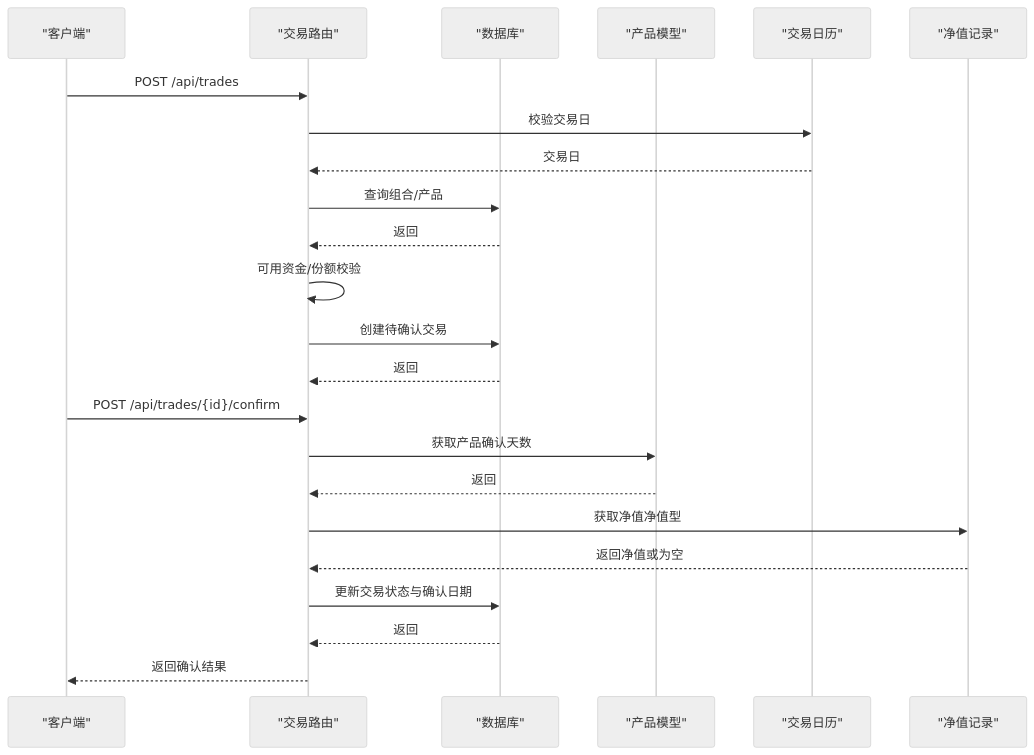
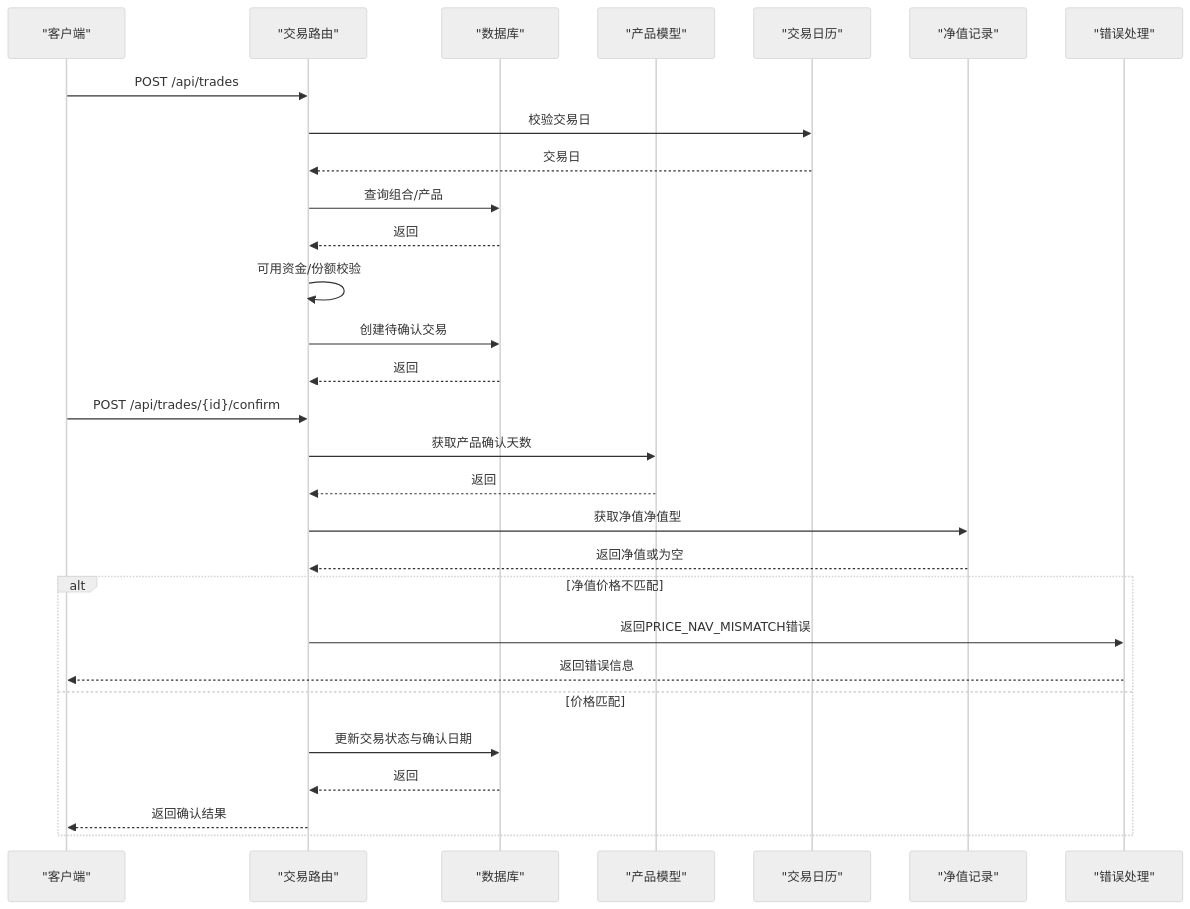
Before and after one commit to gujialind/InvestRing: the fifth of 17 diagrams in .qoder/repowiki/zh/content/后端API文档/后端API文档.md, drawn with Mermaid (neutral theme). The commit also changed other lines of this file and 64 other files, not shown here.

````diff
--- a/.qoder/repowiki/zh/content/后端API文档/后端API文档.md
+++ b/.qoder/repowiki/zh/content/后端API文档/后端API文档.md
@@ -862,25 +973,31 @@
 ```mermaid
 sequenceDiagram
 participant Client as "客户端"
 participant Trades as "交易路由"
 participant DB as "数据库"
 participant Prod as "产品模型"
 participant Cal as "交易日历"
 participant Price as "净值记录"
+participant Err as "错误处理"
 Client->>Trades : POST /api/trades
 Trades->>Cal : 校验交易日
 Cal-->>Trades : 交易日
 Trades->>DB : 查询组合/产品
 DB-->>Trades : 返回
 Trades->>Trades : 可用资金/份额校验
 Trades->>DB : 创建待确认交易
 DB-->>Trades : 返回
 Client->>Trades : POST /api/trades/{id}/confirm
 Trades->>Prod : 获取产品确认天数
 Prod-->>Trades : 返回
 Trades->>Price : 获取净值净值型
 Price-->>Trades : 返回净值或为空
+alt 净值价格不匹配
+Trades->>Err : 返回PRICE_NAV_MISMATCH错误
+Err-->>Client : 返回错误信息
+else 价格匹配
 Trades->>DB : 更新交易状态与确认日期
 DB-->>Trades : 返回
 Trades-->>Client : 返回确认结果
+end
 ```
````
